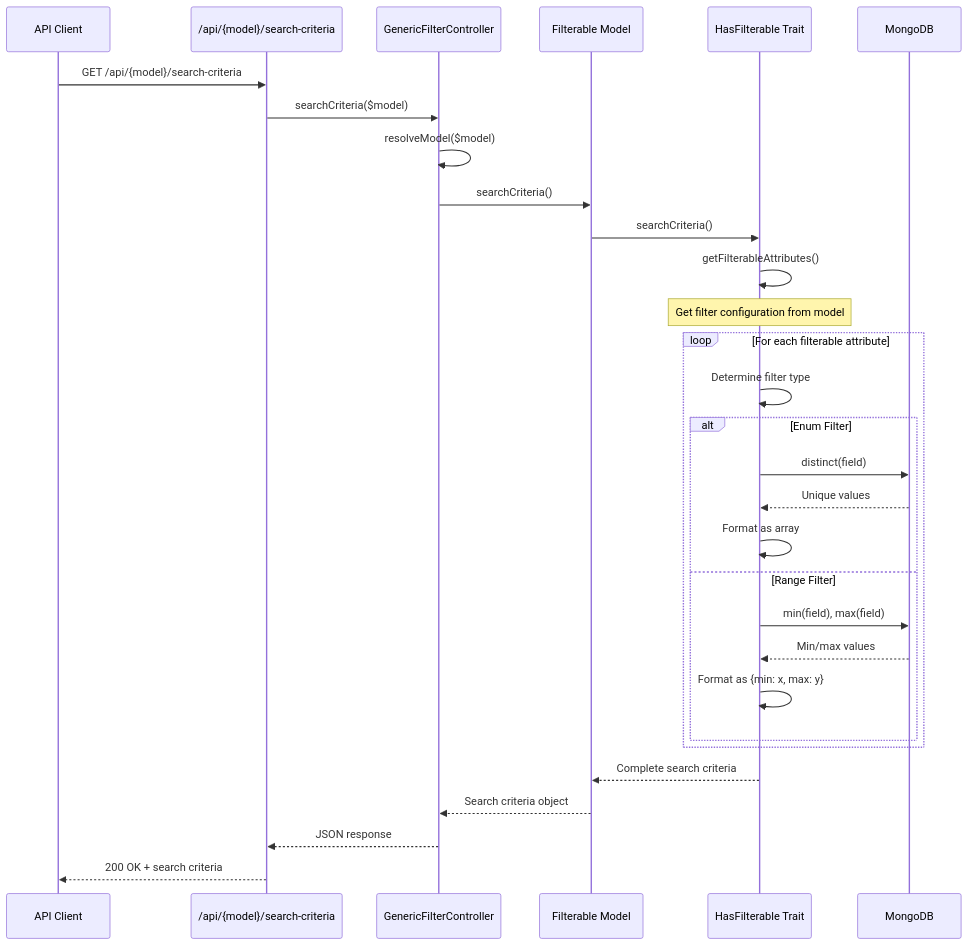
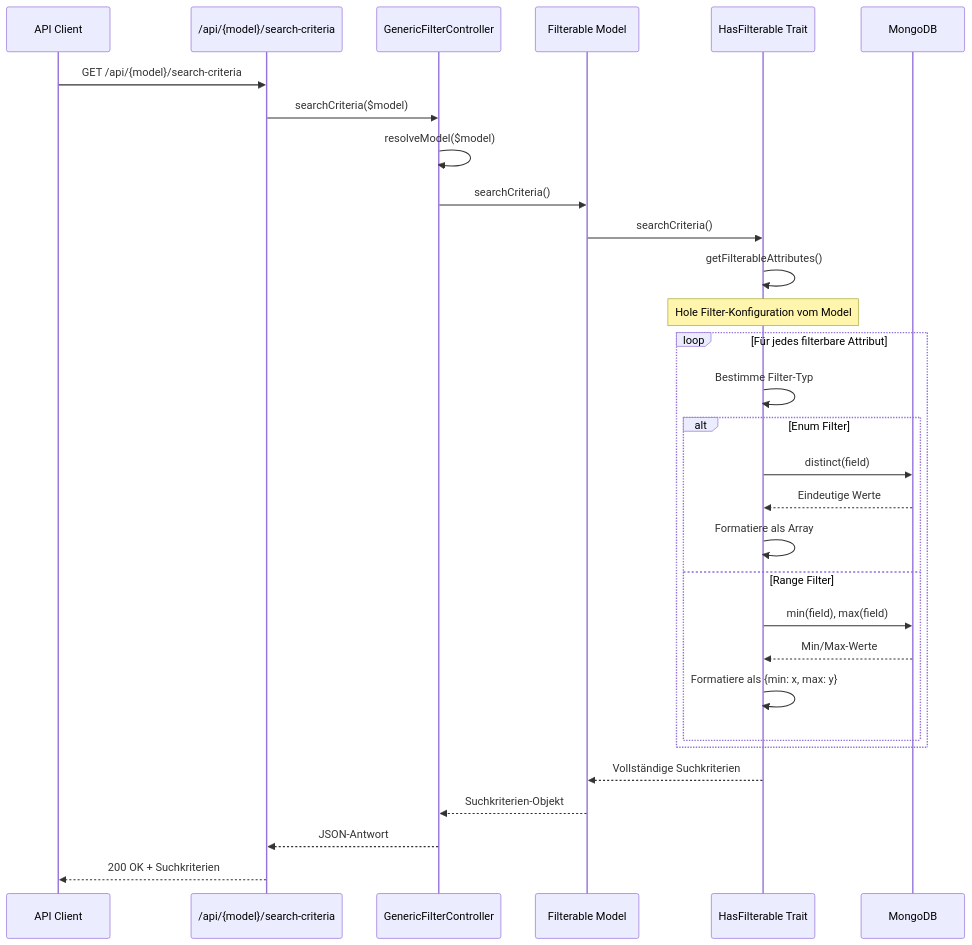
One commit to chrisoco/APDE_BE changed the third of 6 diagrams in docs/src/GenericFilter.md. Above: the diagram before and after it, drawn with Mermaid. The commit also changed other lines of this file and 14 other files, not shown here.

````diff
--- a/docs/src/GenericFilter.md
+++ b/docs/src/GenericFilter.md
@@ -93,38 +93,38 @@
 ```mermaid
 sequenceDiagram
     participant Client as API Client
     participant Route as /api/{model}/search-criteria
     participant Controller as GenericFilterController
     participant Model as Filterable Model
     participant Trait as HasFilterable Trait
     participant DB as MongoDB
 
     Client->>Route: GET /api/{model}/search-criteria
     Route->>Controller: searchCriteria($model)
-    
+
     Controller->>Controller: resolveModel($model)
     Controller->>Model: searchCriteria()
     Model->>Trait: searchCriteria()
-    
+
     Trait->>Trait: getFilterableAttributes()
-    Note over Trait: Get filter configuration from model
-    
-    loop For each filterable attribute
-        Trait->>Trait: Determine filter type
-        
+    Note over Trait: Hole Filter-Konfiguration vom Model
+
+    loop Für jedes filterbare Attribut
+        Trait->>Trait: Bestimme Filter-Typ
+
         alt Enum Filter
             Trait->>DB: distinct(field)
-            DB-->>Trait: Unique values
-            Trait->>Trait: Format as array
+            DB-->>Trait: Eindeutige Werte
+            Trait->>Trait: Formatiere als Array
         else Range Filter
             Trait->>DB: min(field), max(field)
-            DB-->>Trait: Min/max values
-            Trait->>Trait: Format as {min: x, max: y}
+            DB-->>Trait: Min/Max-Werte
+            Trait->>Trait: Formatiere als {min: x, max: y}
         end
     end
-    
-    Trait-->>Model: Complete search criteria
-    Model-->>Controller: Search criteria object
-    Controller-->>Route: JSON response
-    Route-->>Client: 200 OK + search criteria
+
+    Trait-->>Model: Vollständige Suchkriterien
+    Model-->>Controller: Suchkriterien-Objekt
+    Controller-->>Route: JSON-Antwort
+    Route-->>Client: 200 OK + Suchkriterien
 ```
````
